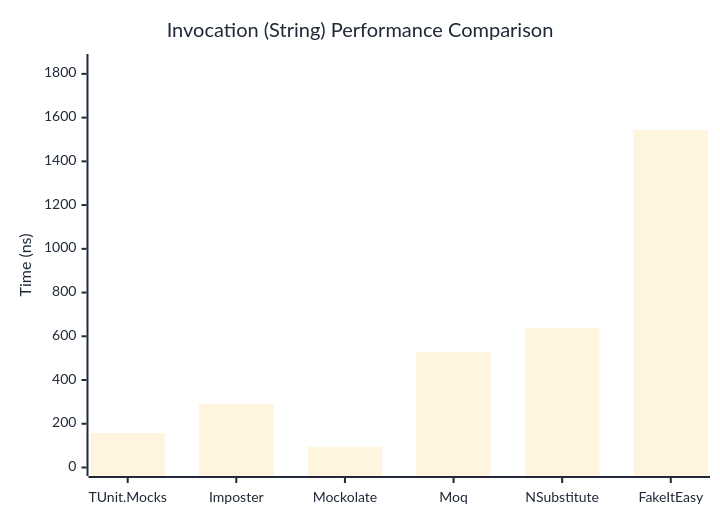
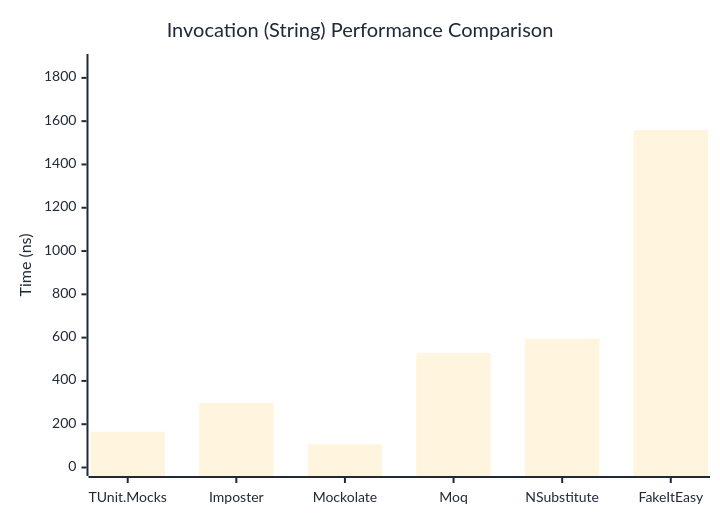
The second of 3 diagrams in docs/docs/benchmarks/mocks/Invocation.md (thomhurst/TUnit), drawn with Mermaid before and after one commit. The commit also changed other lines of this file and 14 other files, not shown here.

````diff
--- a/docs/docs/benchmarks/mocks/Invocation.md
+++ b/docs/docs/benchmarks/mocks/Invocation.md
@@ -69,27 +69,27 @@
 ```mermaid
 %%{init: {
   'theme':'base',
   'themeVariables': {
     'primaryColor': '#2563eb',
     'primaryTextColor': '#1f2937',
     'primaryBorderColor': '#1e40af',
     'lineColor': '#6b7280',
     'secondaryColor': '#7c3aed',
     'tertiaryColor': '#dc2626',
     'background': '#ffffff',
     'pie1': '#2563eb',
     'pie2': '#7c3aed',
     'pie3': '#dc2626',
     'pie4': '#f59e0b',
     'pie5': '#10b981',
     'pie6': '#06b6d4',
     'pie7': '#ec4899',
     'pie8': '#6366f1'
   }
 }}%%
 xychart-beta
   title "Invocation (String) Performance Comparison"
   x-axis ["TUnit.Mocks", "Imposter", "Mockolate", "Moq", "NSubstitute", "FakeItEasy"]
-  y-axis "Time (ns)" 0 --> 1852
-  bar [157.14, 291.05, 94.54, 526.33, 638.24, 1543.16]
+  y-axis "Time (ns)" 0 --> 1871
+  bar [165.4, 297.8, 107.2, 529.4, 594.5, 1558.4]
 ```
````
